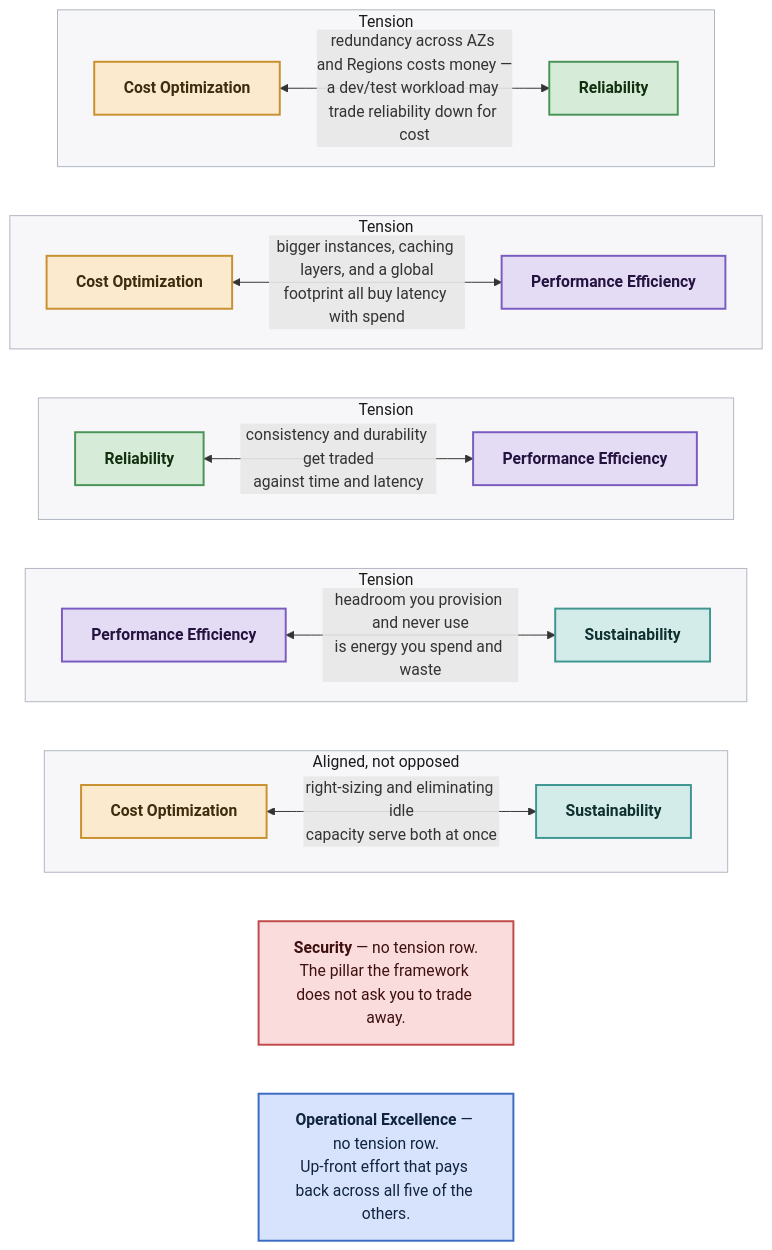
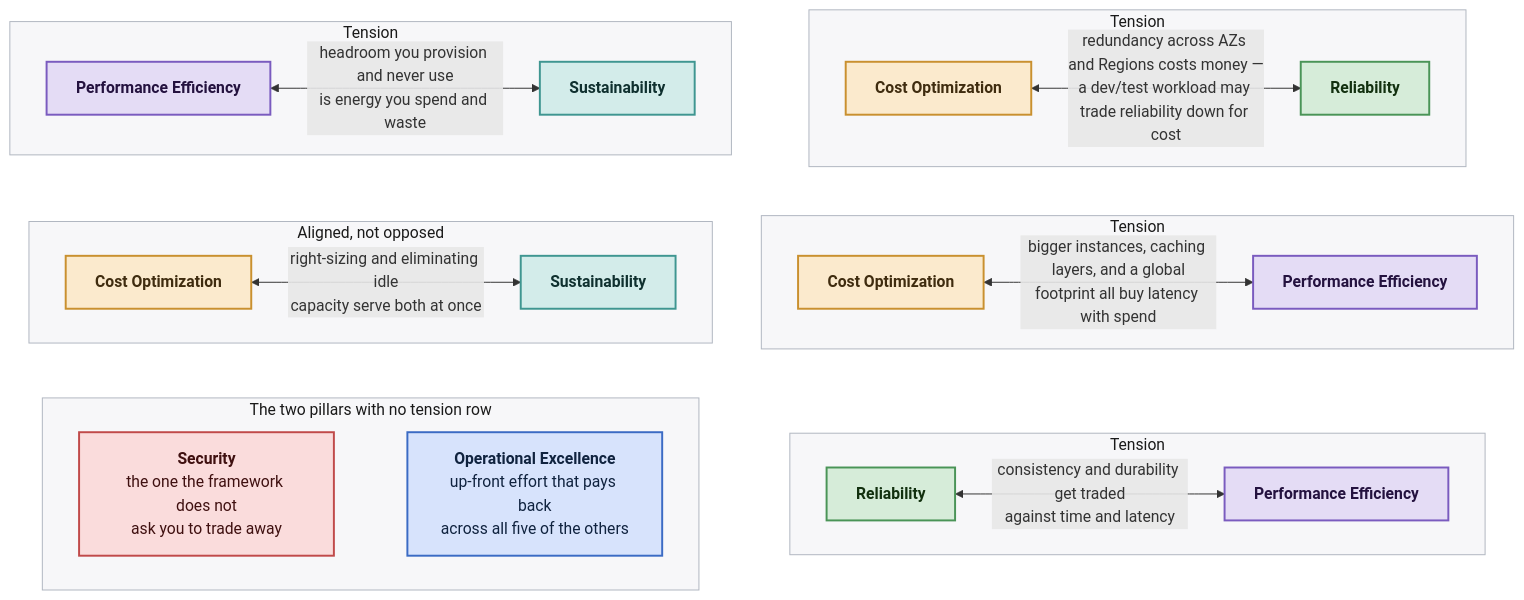
Before and after one commit to toddcooke/learn: the fourth of 10 diagrams in well-architected/diagrams.md, drawn with Mermaid. The commit also changed other lines of this file, not shown here.

First line of the commit message:
fix: lay out the diagrams to fit a 13.3in screen

````diff
--- a/well-architected/diagrams.md
+++ b/well-architected/diagrams.md
@@ -196,43 +198,47 @@
 ```mermaid
 flowchart TB
     subgraph T1["Tension"]
         direction LR
         c1["<b>Cost Optimization</b>"] <-->|"redundancy across AZs and Regions costs money —<br/>a dev/test workload may trade reliability down for cost"| r1["<b>Reliability</b>"]
     end
     subgraph T2["Tension"]
         direction LR
         c2["<b>Cost Optimization</b>"] <-->|"bigger instances, caching layers, and a global<br/>footprint all buy latency with spend"| p2["<b>Performance Efficiency</b>"]
     end
     subgraph T3["Tension"]
         direction LR
         r3["<b>Reliability</b>"] <-->|"consistency and durability get traded<br/>against time and latency"| p3["<b>Performance Efficiency</b>"]
     end
     subgraph T4["Tension"]
         direction LR
         p4["<b>Performance Efficiency</b>"] <-->|"headroom you provision and never use<br/>is energy you spend and waste"| s4["<b>Sustainability</b>"]
     end
     subgraph T5["Aligned, not opposed"]
         direction LR
         c5["<b>Cost Optimization</b>"] <-->|"right-sizing and eliminating idle<br/>capacity serve both at once"| s5["<b>Sustainability</b>"]
     end
+    subgraph T6["The two pillars with no tension row"]
+        direction LR
+        SEC["<b>Security</b><br/>the one the framework does not<br/>ask you to trade away"]
+        OPS["<b>Operational Excellence</b><br/>up-front effort that pays back<br/>across all five of the others"]
+        SEC ~~~ OPS
+    end
 
-    SEC["<b>Security</b> — no tension row.<br/>The pillar the framework does not ask you to trade away."]
-    OPS["<b>Operational Excellence</b> — no tension row.<br/>Up-front effort that pays back across all five of the others."]
-
-    T1 ~~~ T2 ~~~ T3 ~~~ T4 ~~~ T5 ~~~ SEC ~~~ OPS
+    T1 ~~~ T2 ~~~ T3
+    T4 ~~~ T5 ~~~ T6
 
     classDef ops fill:#d7e3fc,stroke:#3b6bc4,stroke-width:2px,color:#10233f
     classDef sec fill:#fadcdc,stroke:#c04a4a,stroke-width:2px,color:#3f1010
     classDef rel fill:#d6ecd9,stroke:#4a9457,stroke-width:2px,color:#12300f
     classDef perf fill:#e4dcf5,stroke:#7a5bbf,stroke-width:2px,color:#24123f
     classDef cost fill:#fbeacd,stroke:#c9902f,stroke-width:2px,color:#3f2c0f
     classDef sus fill:#d3ecea,stroke:#3f9691,stroke-width:2px,color:#0f302f
     classDef sub fill:#f7f7f9,stroke:#b0b6c0,stroke-width:1px,color:#1a1a1a
     class c1,c2,c5 cost
     class r1,r3 rel
     class p2,p3,p4 perf
     class s4,s5 sus
     class SEC sec
     class OPS ops
-    class T1,T2,T3,T4,T5 sub
+    class T1,T2,T3,T4,T5,T6 sub
 ```
````
